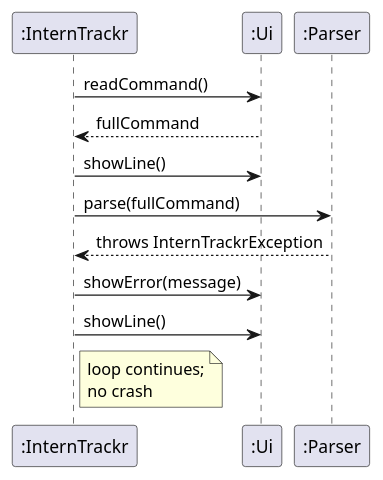
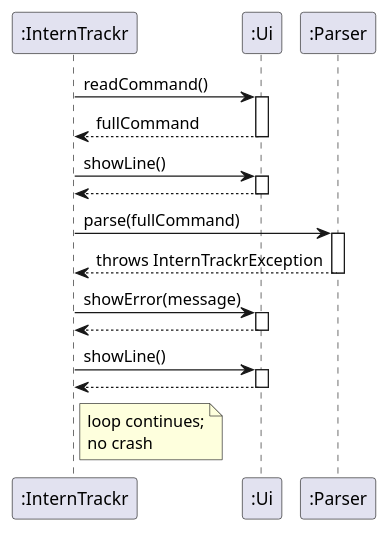
The diagram in docs/diagrams/SanjaiRunLoopErrorPath.puml (N-SANJAI/tp), drawn with PlantUML before and after one commit.

Commit message:
docs: add activation bars to SanjaiRunLoopErrorPath diagram

```diff
--- a/docs/diagrams/SanjaiRunLoopErrorPath.puml
+++ b/docs/diagrams/SanjaiRunLoopErrorPath.puml
@@ -1,14 +1,32 @@
 @startuml
 participant ":InternTrackr" as IT
 participant ":Ui" as UI
 participant ":Parser" as P
 
 IT -> UI : readCommand()
+activate UI
 UI --> IT : fullCommand
+deactivate UI
+
 IT -> UI : showLine()
+activate UI
+UI --> IT
+deactivate UI
+
 IT -> P : parse(fullCommand)
+activate P
 P --> IT : throws InternTrackrException
+deactivate P
+
 IT -> UI : showError(message)
+activate UI
+UI --> IT
+deactivate UI
+
 IT -> UI : showLine()
+activate UI
+UI --> IT
+deactivate UI
+
 note right of IT : loop continues;\nno crash
 @enduml
```
